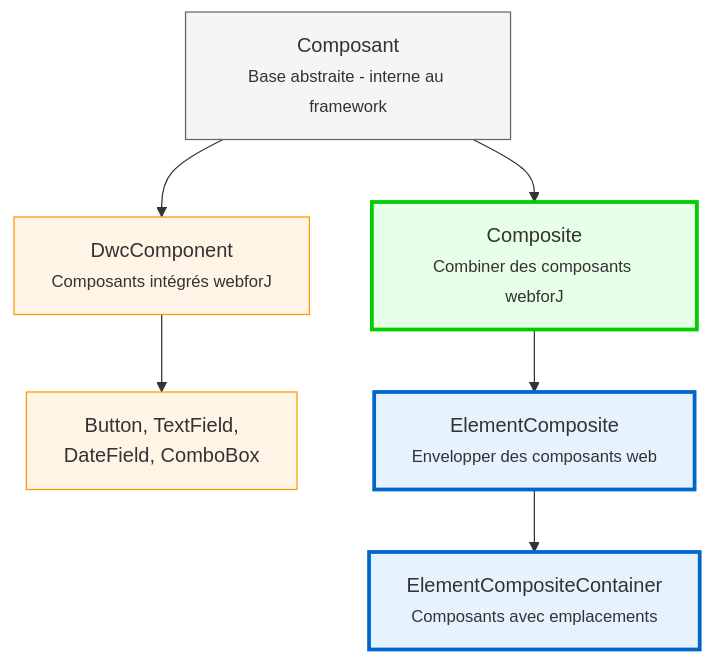
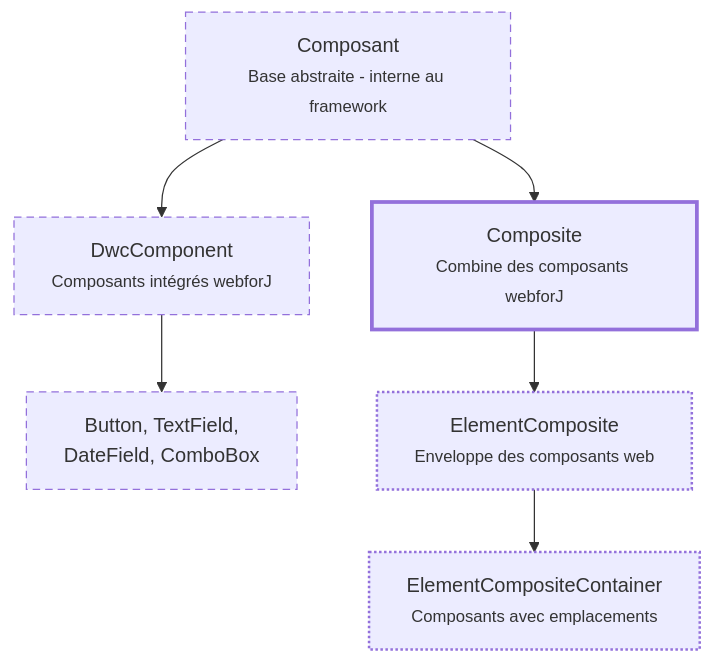
Before and after one commit to webforj/webforj-documentation: the diagram in docs/i18n/fr/docusaurus-plugin-content-docs/current/building-ui/component-fundamentals.md, drawn with Mermaid. The commit also changed other lines of this file and 11 other files, not shown here.

````diff
--- a/docs/i18n/fr/docusaurus-plugin-content-docs/current/building-ui/component-fundamentals.md
+++ b/docs/i18n/fr/docusaurus-plugin-content-docs/current/building-ui/component-fundamentals.md
@@ -52,22 +52,19 @@
 ```mermaid
 graph TD
   A[Composant<br/><small>Base abstraite - interne au framework</small>]
   
   A --> B[DwcComponent<br/><small>Composants intégrés webforJ</small>]
-  A --> C[Composite<br/><small>Combiner des composants webforJ</small>]
+  A --> C[Composite<br/><small>Combine des composants webforJ</small>]
   
   B --> E[Button, TextField,<br/>DateField, ComboBox]
   
-  C --> D[ElementComposite<br/><small>Envelopper des composants web</small>]
+  C --> D[ElementComposite<br/><small>Enveloppe des composants web</small>]
   D --> F[ElementCompositeContainer<br/><small>Composants avec emplacements</small>]
-  
-  style A fill:#f5f5f5,stroke:#666
-  style B fill:#fff4e6,stroke:#ff9800
-  style C fill:#e6ffe6,stroke:#00cc00
-  style D fill:#e6f3ff,stroke:#0066cc
-  style E fill:#fff4e6,stroke:#ff9800
-  style F fill:#e6f3ff,stroke:#0066cc
-  
-  classDef userClass stroke-width:3px
-  class C,D,F userClass
+
+  classDef internal stroke-dasharray:6 4,stroke-width:1px
+  classDef primary stroke-width:3px
+  classDef secondary stroke-width:2px,stroke-dasharray:2 2
+  class A,B,E internal
+  class C primary
+  class D,F secondary
 ```
````
